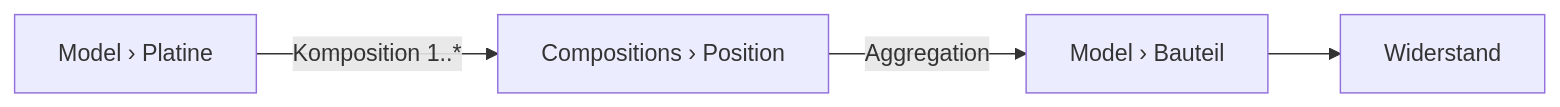
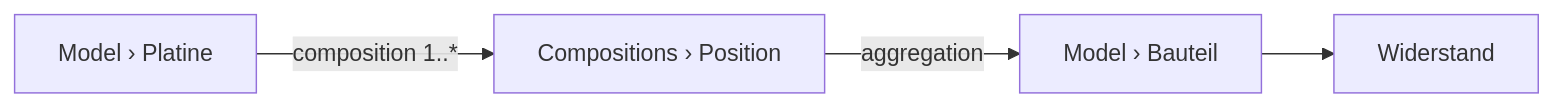
Before and after one commit to sfambach/wp-taxonomy-modeler: the first of 3 diagrams in docs/NewConcept/96-scenario-check.md, drawn with Mermaid. The commit also changed other lines of this file and 4 other files, not shown here.

First line of the commit message:
Diagramme auf Englisch, Sachnamen bleiben

````diff
--- a/docs/NewConcept/96-scenario-check.md
+++ b/docs/NewConcept/96-scenario-check.md
@@ -25,6 +25,6 @@
 ```mermaid
 flowchart LR
-  P["Model › Platine"] -->|Komposition 1..*| POS["Compositions › Position"]
-  POS -->|Aggregation| B["Model › Bauteil"]
+  P["Model › Platine"] -->|composition 1..*| POS["Compositions › Position"]
+  POS -->|aggregation| B["Model › Bauteil"]
   B --> W["Widerstand"]
 ```
````
